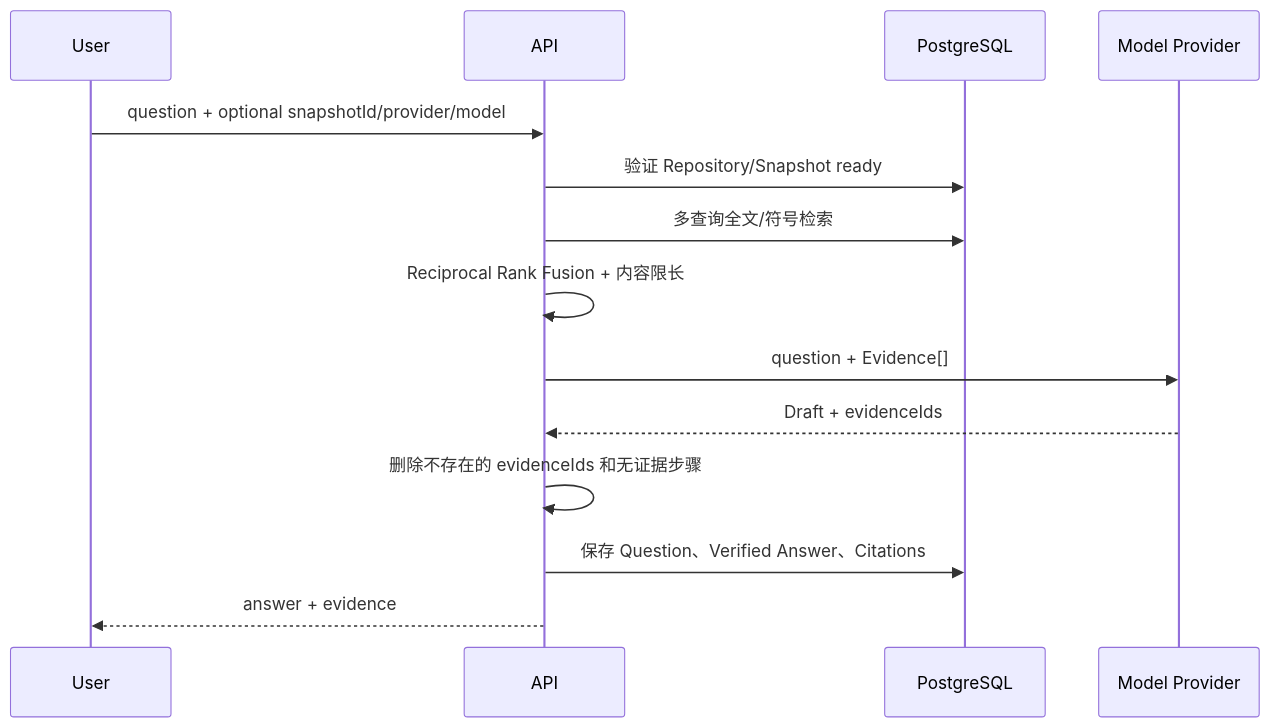
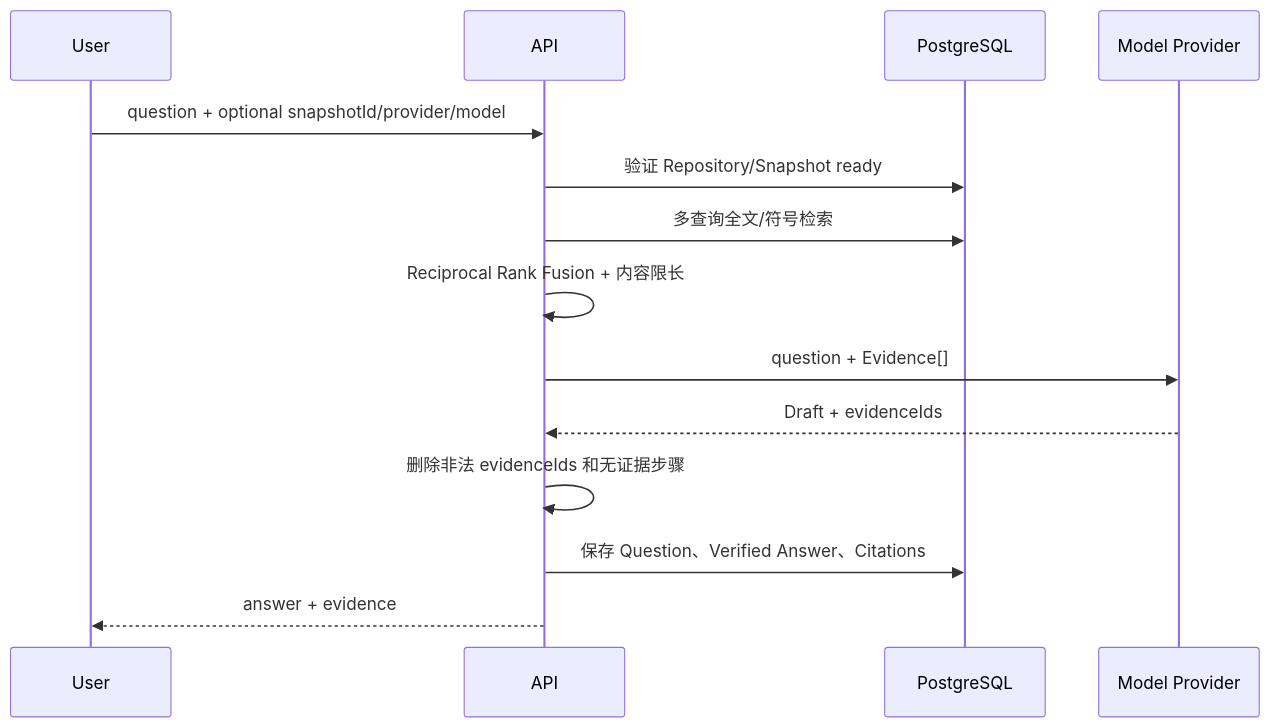
The third of 3 diagrams in docs/architecture/领域模型与数据流.md (githubyangjiaxun/repovista), drawn with Mermaid before and after one commit. The commit also changed other lines of this file and 22 other files, not shown here.

````diff
--- a/docs/architecture/领域模型与数据流.md
+++ b/docs/architecture/领域模型与数据流.md
@@ -82,17 +143,17 @@
 ```mermaid
 sequenceDiagram
     participant U as User
     participant A as API
     participant P as PostgreSQL
     participant M as Model Provider
 
     U->>A: question + optional snapshotId/provider/model
     A->>P: 验证 Repository/Snapshot ready
     A->>P: 多查询全文/符号检索
     A->>A: Reciprocal Rank Fusion + 内容限长
     A->>M: question + Evidence[]
     M-->>A: Draft + evidenceIds
-    A->>A: 删除不存在的 evidenceIds 和无证据步骤
+    A->>A: 删除非法 evidenceIds 和无证据步骤
     A->>P: 保存 Question、Verified Answer、Citations
     A-->>U: answer + evidence
 ```
````
